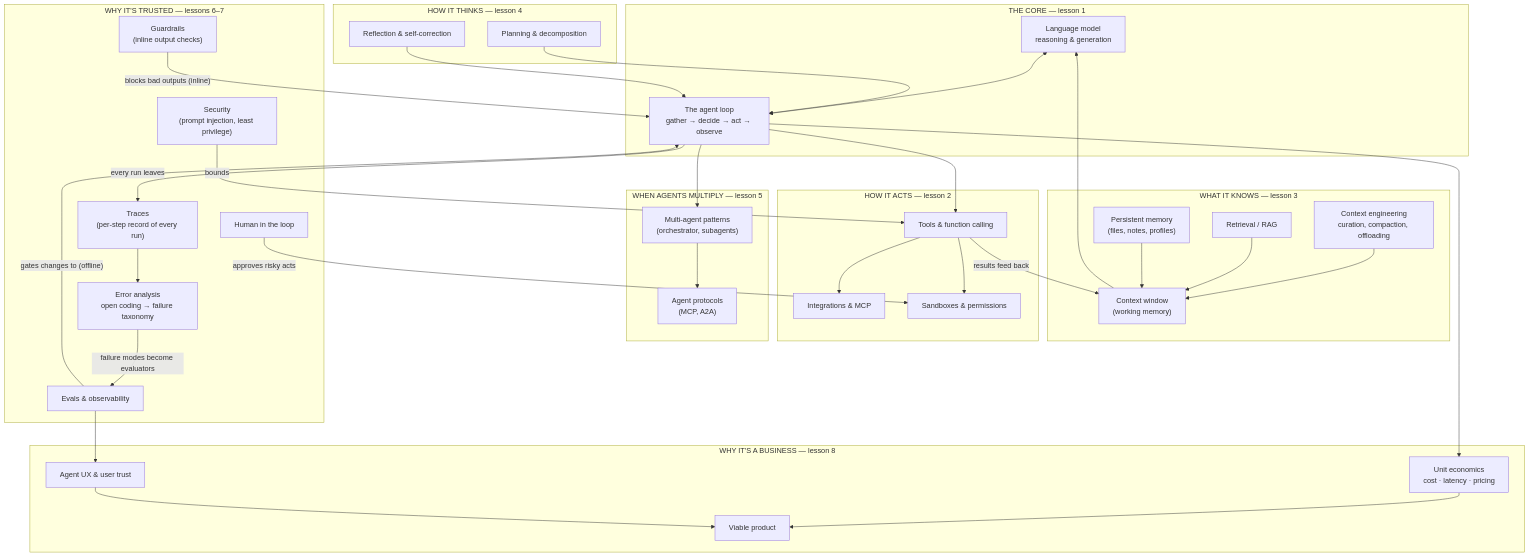
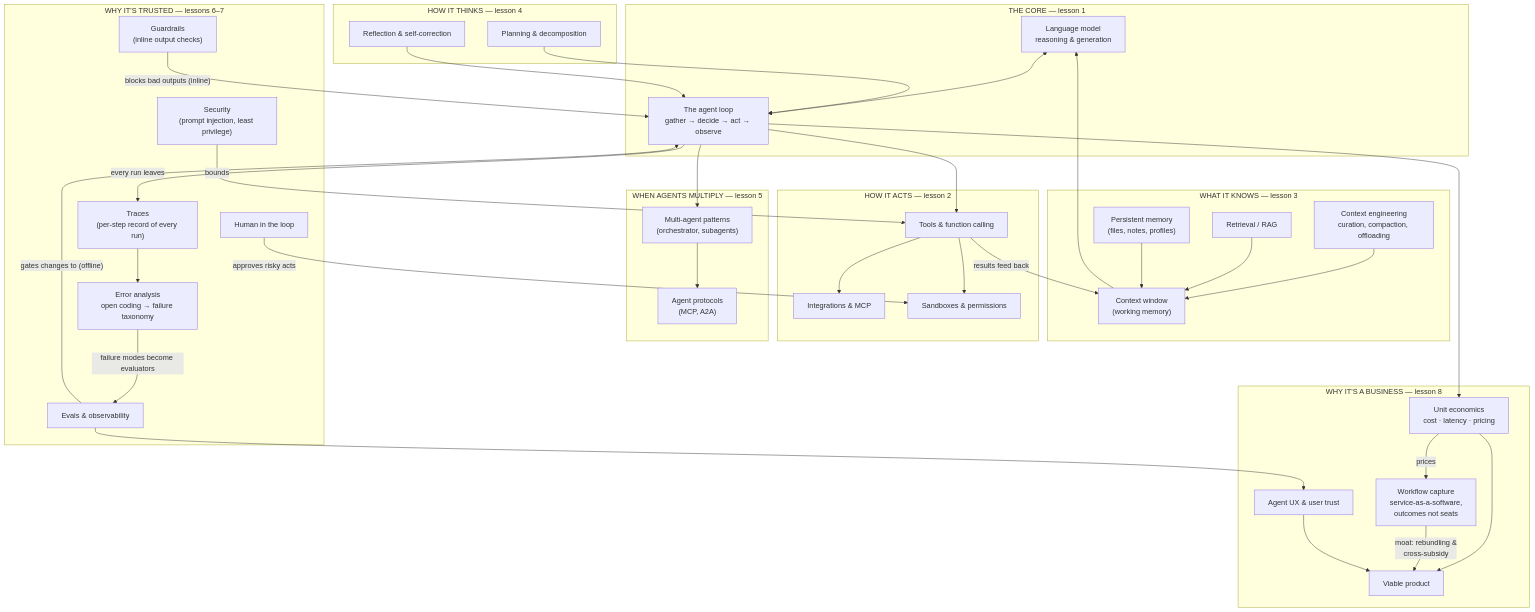
The diagram in agentic-ai/README.md (aakashagg123/gatsby), drawn with Mermaid before and after one commit. The commit also changed 9 other files, not shown here.

First line of the commit message:
Add enterprise AI strategy layer from the Service-as-a-Software playbook

````diff
--- a/agentic-ai/README.md
+++ b/agentic-ai/README.md
@@ -22,63 +22,66 @@
 ```mermaid
 flowchart TB
   subgraph CORE["THE CORE — lesson 1"]
     LLM["Language model<br/>reasoning & generation"]
     LOOP["The agent loop<br/>gather → decide → act → observe"]
     LLM <--> LOOP
   end
   subgraph KNOW["WHAT IT KNOWS — lesson 3"]
     CENG["Context engineering<br/>curation, compaction, offloading"]
     CTX["Context window<br/>(working memory)"]
     RET["Retrieval / RAG"]
     MEM["Persistent memory<br/>(files, notes, profiles)"]
   end
   subgraph ACTS["HOW IT ACTS — lesson 2"]
     TOOLS["Tools & function calling"]
     MCP["Integrations & MCP"]
     SBX["Sandboxes & permissions"]
   end
   subgraph THINK["HOW IT THINKS — lesson 4"]
     PLAN["Planning & decomposition"]
     REFL["Reflection & self-correction"]
   end
   subgraph MANY["WHEN AGENTS MULTIPLY — lesson 5"]
     MAS["Multi-agent patterns<br/>(orchestrator, subagents)"]
     PROTO["Agent protocols<br/>(MCP, A2A)"]
   end
   subgraph TRUST["WHY IT'S TRUSTED — lessons 6–7"]
     TRC["Traces<br/>(per-step record of every run)"]
     ERR["Error analysis<br/>open coding → failure taxonomy"]
     EVAL["Evals & observability"]
     GUARD["Guardrails<br/>(inline output checks)"]
     SEC["Security<br/>(prompt injection, least privilege)"]
     HITL["Human in the loop"]
   end
   subgraph PROD["WHY IT'S A BUSINESS — lesson 8"]
     ECON["Unit economics<br/>cost · latency · pricing"]
+    WFC["Workflow capture<br/>service-as-a-software,<br/>outcomes not seats"]
     UX["Agent UX & user trust"]
     VP["Viable product"]
   end
   CTX --> LLM
   CENG --> CTX
   RET --> CTX
   MEM --> CTX
   LOOP --> TOOLS
   TOOLS --> MCP
   TOOLS --> SBX
   TOOLS -->|"results feed back"| CTX
   PLAN --> LOOP
   REFL --> LOOP
   LOOP --> MAS
   MAS --> PROTO
   LOOP -->|"every run leaves"| TRC
   TRC --> ERR
   ERR -->|"failure modes become evaluators"| EVAL
   EVAL -->|"gates changes to (offline)"| LOOP
   GUARD -->|"blocks bad outputs (inline)"| LOOP
   SEC -->|"bounds"| TOOLS
   HITL -->|"approves risky acts"| SBX
   LOOP --> ECON
   ECON --> VP
+  ECON -->|"prices"| WFC
+  WFC -->|"moat: rebundling &<br/>cross-subsidy"| VP
   UX --> VP
   EVAL --> UX
 ```
````
